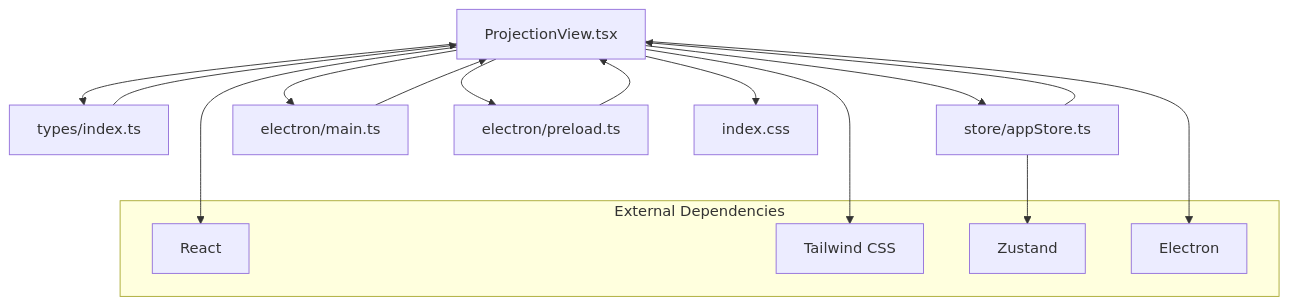
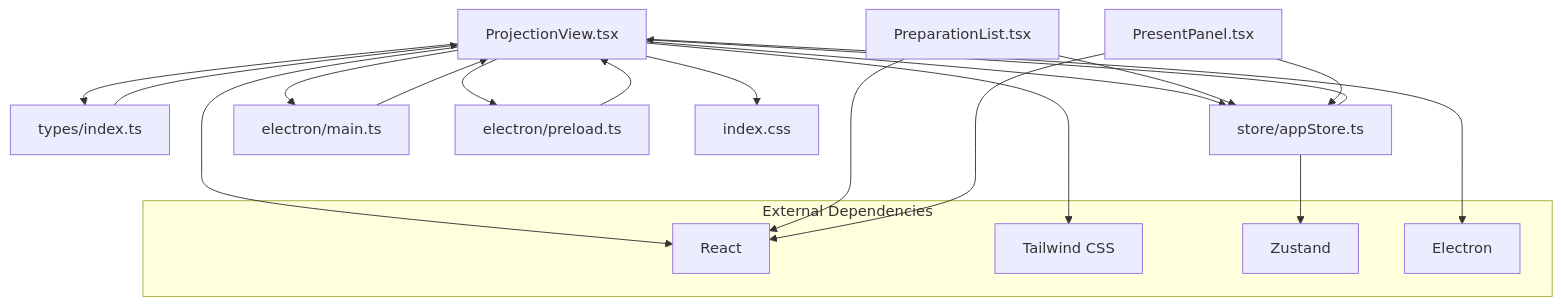
Before and after one commit to jimmywyk/lyricdeck: the tenth of 10 diagrams in .qoder/repowiki/en/content/User Interface Components/Projection View Component.md, drawn with Mermaid. The commit also changed other lines of this file and 11 other files, not shown here.

````diff
--- a/.qoder/repowiki/en/content/User Interface Components/Projection View Component.md
+++ b/.qoder/repowiki/en/content/User Interface Components/Projection View Component.md
@@ -342,22 +398,26 @@
 ```mermaid
 graph TB
 PV["ProjectionView.tsx"] --> Types["types/index.ts"]
 PV --> Store["store/appStore.ts"]
 PV --> Electron["electron/main.ts"]
 PV --> Preload["electron/preload.ts"]
 PV --> CSS["index.css"]
 Types --> PV
 Store --> PV
 Electron --> PV
 Preload --> PV
+PL["PreparationList.tsx"] --> Store
+PP["PresentPanel.tsx"] --> Store
 subgraph "External Dependencies"
 React["React"]
 Tailwind["Tailwind CSS"]
 Zustand["Zustand"]
 ElectronDep["Electron"]
 end
 PV --> React
 PV --> Tailwind
 Store --> Zustand
 PV --> ElectronDep
+PL --> React
+PP --> React
 ```
````
